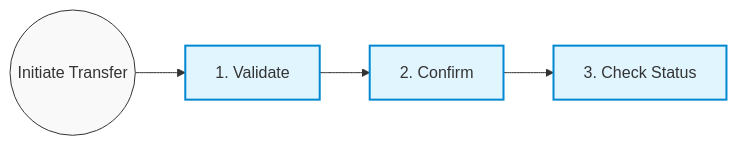
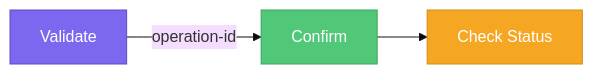
Before and after one commit to commitup/api-doc-v2: the diagram in docs/money-transfers/to-card/overview.md, drawn with Mermaid. The commit also changed other lines of this file and 2 other files, not shown here.

Commit message:
docs: update money transfer overview pages with standardized Mermaid flow diagrams

````diff
--- a/docs/money-transfers/to-card/overview.md
+++ b/docs/money-transfers/to-card/overview.md
@@ -13,16 +15,10 @@
 ```mermaid
-graph LR
-    Start((Initiate Transfer)) --> Validate[1. Validate]
-    Validate --> Confirm[2. Confirm]
-    Confirm --> CheckStatus[3. Check Status]
-    
-    %% Colors
-    classDef default fill:#f9f9f9,stroke:#333,stroke-width:1px
-    classDef highlight fill:#e1f5fe,stroke:#0288d1,stroke-width:2px
-    
-    %% Styling
-    style Validate fill:#e1f5fe,stroke:#0288d1,stroke-width:2px
-    style Confirm fill:#e1f5fe,stroke:#0288d1,stroke-width:2px
-    style CheckStatus fill:#e1f5fe,stroke:#0288d1,stroke-width:2px
-    style Start fill:#f9f9f9,stroke:#333,stroke-width:1px
+%%{init: {'theme': 'base', 'themeVariables': {'fontSize': '16px', 'fontFamily': 'arial'}}}%%
+flowchart LR
+    G["Validate"] -->|operation-id| H["Confirm"]
+    H --> I["Check Status"]
+
+    style G fill:#7b68ee,stroke:#5a4bc7,color:#fff
+    style H fill:#50c878,stroke:#3da35d,color:#fff
+    style I fill:#f5a623,stroke:#d4891a,color:#fff
 ```
````
